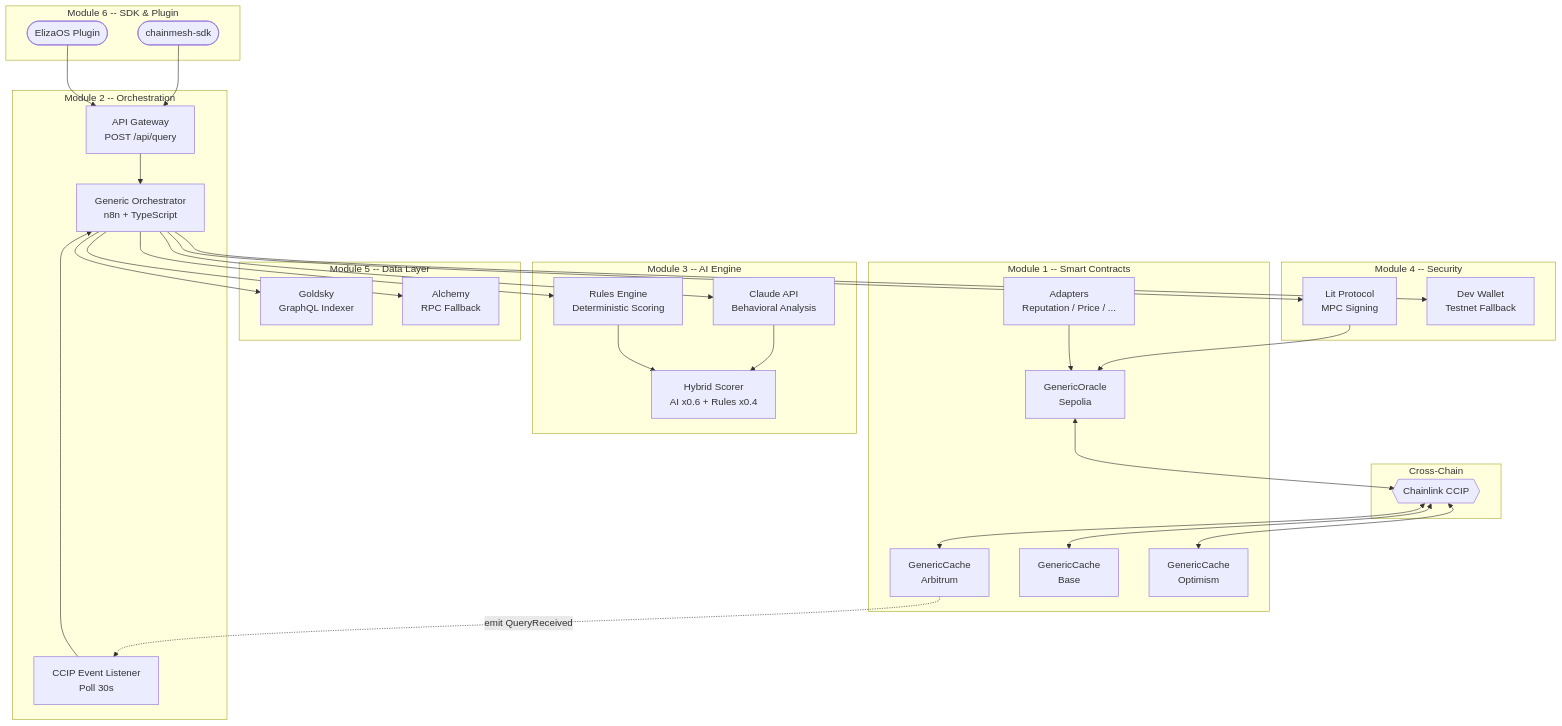
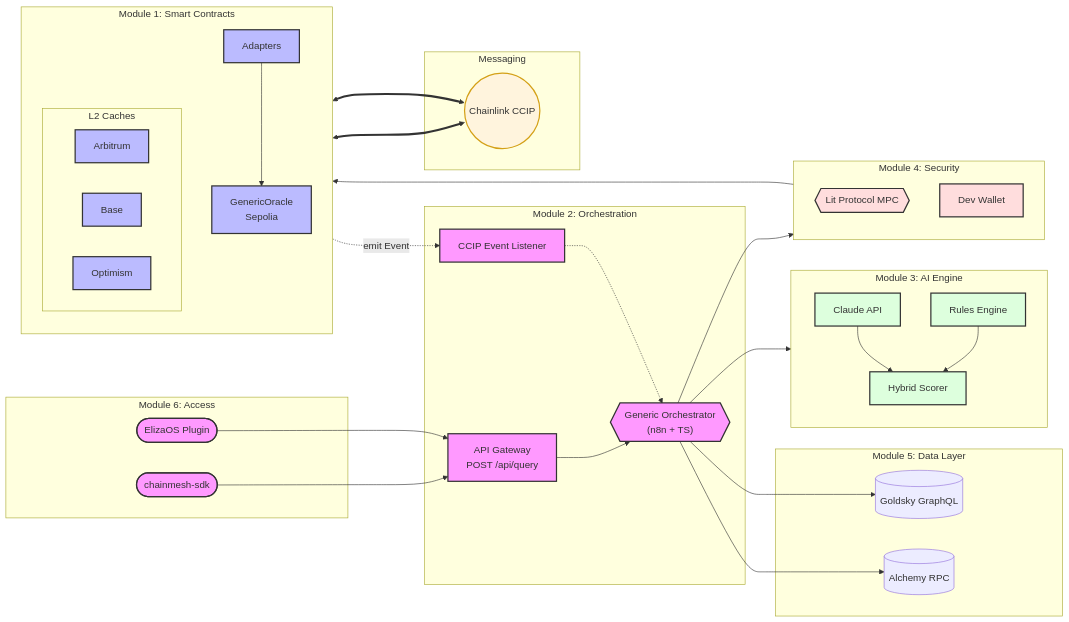
One commit to astierfe/ChainMesh changed the diagram in README.md. Above: the diagram before and after it, drawn with Mermaid.

Commit message:
README.md updated

````diff
--- a/README.md
+++ b/README.md
@@ -7,64 +7,76 @@
 ```mermaid
-graph TB
-    subgraph "Module 6 -- SDK & Plugin"
+graph LR
+    %% Styles
+    classDef offchain fill:#f9f,stroke:#333,stroke-width:2px;
+    classDef onchain fill:#bbf,stroke:#333,stroke-width:2px;
+    classDef ai fill:#dfd,stroke:#333,stroke-width:2px;
+    classDef security fill:#fdd,stroke:#333,stroke-width:2px;
+    classDef bridge fill:#fff4dd,stroke:#d4a017,stroke-width:2px;
+
+    subgraph Interface ["Module 6: Access"]
         SDK([chainmesh-sdk])
         Plugin([ElizaOS Plugin])
     end
 
-    subgraph "Module 2 -- Orchestration"
+    subgraph Core ["Module 2: Orchestration"]
         API[API Gateway<br/>POST /api/query]
-        Listener[CCIP Event Listener<br/>Poll 30s]
-        Orchestrator[Generic Orchestrator<br/>n8n + TypeScript]
+        Listener[CCIP Event Listener]
+        Orchestrator{{"Generic Orchestrator<br/>(n8n + TS)"}}
     end
 
-    subgraph "Module 5 -- Data Layer"
-        Goldsky[Goldsky<br/>GraphQL Indexer]
-        Alchemy[Alchemy<br/>RPC Fallback]
+    subgraph Data ["Module 5: Data Layer"]
+        Goldsky[(Goldsky GraphQL)]
+        Alchemy[(Alchemy RPC)]
     end
 
-    subgraph "Module 3 -- AI Engine"
-        Claude[Claude API<br/>Behavioral Analysis]
-        Rules[Rules Engine<br/>Deterministic Scoring]
-        Hybrid[Hybrid Scorer<br/>AI x0.6 + Rules x0.4]
+    subgraph AIEngine ["Module 3: AI Engine"]
+        direction TB
+        Claude[Claude API]
+        Rules[Rules Engine]
+        Hybrid[Hybrid Scorer]
+        Claude & Rules --> Hybrid
     end
 
-    subgraph "Module 4 -- Security"
-        Lit[Lit Protocol<br/>MPC Signing]
-        DevWallet[Dev Wallet<br/>Testnet Fallback]
+    subgraph Security ["Module 4: Security"]
+        Lit{{Lit Protocol MPC}}
+        DevWallet[Dev Wallet]
     end
 
-    subgraph "Module 1 -- Smart Contracts"
-        Oracle[GenericOracle<br/>Sepolia]
-        Cache1[GenericCache<br/>Arbitrum]
-        Cache2[GenericCache<br/>Base]
-        Cache3[GenericCache<br/>Optimism]
-        Adapters[Adapters<br/>Reputation / Price / ...]
+    subgraph OnChain ["Module 1: Smart Contracts"]
+        direction TB
+        Oracle[GenericOracle <br/>Sepolia]
+        subgraph Caches ["L2 Caches"]
+            C1[Arbitrum]
+            C2[Base]
+            C3[Optimism]
+        end
+        Adapters[Adapters]
     end
 
-    subgraph "Cross-Chain"
-        CCIP{{Chainlink CCIP}}
+    subgraph CrossChain ["Messaging"]
+        CCIP((Chainlink CCIP))
     end
 
-    SDK --> API
-    Plugin --> API
+    %% Flow
+    SDK & Plugin --> API
     API --> Orchestrator
-    Listener --> Orchestrator
+    Listener -.-> Orchestrator
 
-    Orchestrator --> Goldsky
-    Orchestrator --> Alchemy
-    Orchestrator --> Claude
-    Orchestrator --> Rules
-    Claude --> Hybrid
-    Rules --> Hybrid
-    Orchestrator --> Lit
-    Orchestrator --> DevWallet
+    Orchestrator --> Goldsky & Alchemy
+    Orchestrator --> AIEngine
+    Orchestrator --> Security
 
-    Lit --> Oracle
+    Security --> Oracle
     Adapters --> Oracle
-    Oracle <--> CCIP
-    CCIP <--> Cache1
-    CCIP <--> Cache2
-    CCIP <--> Cache3
+    
+    Oracle <==> CCIP
+    CCIP <==> Caches
+    Caches -.->|emit Event| Listener
 
-    Cache1 -.->|emit QueryReceived| Listener
+    %% Apply Classes
+    class SDK,Plugin,API,Orchestrator,Listener offchain;
+    class Oracle,C1,C2,C3,Adapters onchain;
+    class Claude,Rules,Hybrid ai;
+    class Lit,DevWallet security;
+    class CCIP bridge;
 ```
````
